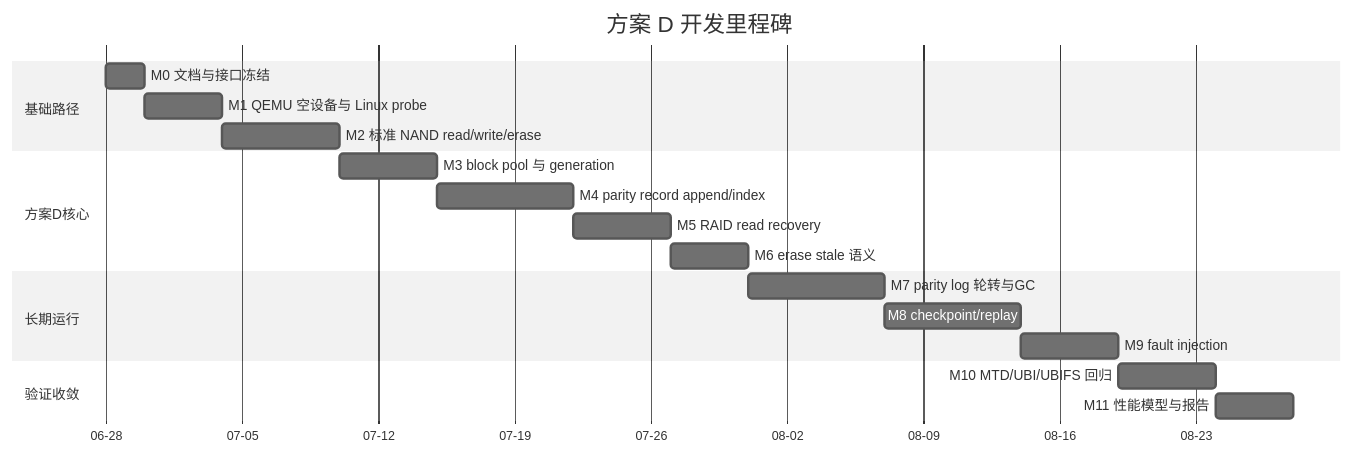
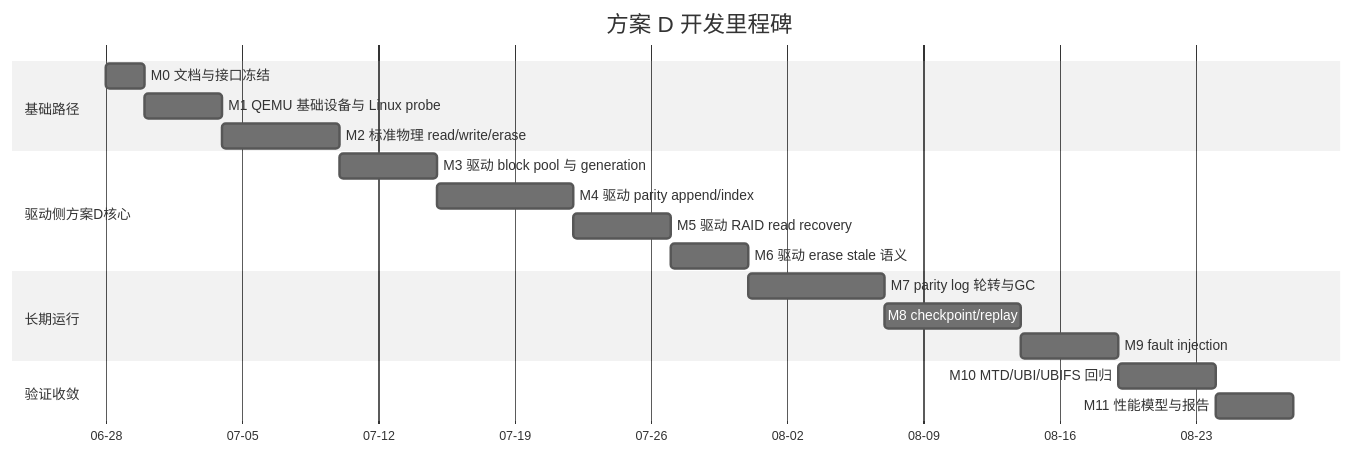
The diagram in docs/qemu-3dnand-scheme-d-development-plan.md (avenstar65/3dnand_test), drawn with Mermaid (neutral theme) before and after one commit. The commit also changed other lines of this file and 15 other files, not shown here.

Commit message:
Implement driver-owned 3D NAND page RAID

````diff
--- a/docs/qemu-3dnand-scheme-d-development-plan.md
+++ b/docs/qemu-3dnand-scheme-d-development-plan.md
@@ -43,26 +44,26 @@
 ```mermaid
 gantt
     title 方案 D 开发里程碑
     dateFormat  YYYY-MM-DD
     axisFormat  %m-%d
 
     section 基础路径
     M0 文档与接口冻结           :m0, 2026-06-28, 2d
-    M1 QEMU 空设备与 Linux probe :m1, after m0, 4d
-    M2 标准 NAND read/write/erase :m2, after m1, 6d
+    M1 QEMU 基础设备与 Linux probe :m1, after m0, 4d
+    M2 标准物理 read/write/erase :m2, after m1, 6d
 
-    section 方案D核心
-    M3 block pool 与 generation  :m3, after m2, 5d
-    M4 parity record append/index :m4, after m3, 7d
-    M5 RAID read recovery         :m5, after m4, 5d
-    M6 erase stale 语义           :m6, after m5, 4d
+    section 驱动侧方案D核心
+    M3 驱动 block pool 与 generation  :m3, after m2, 5d
+    M4 驱动 parity append/index       :m4, after m3, 7d
+    M5 驱动 RAID read recovery        :m5, after m4, 5d
+    M6 驱动 erase stale 语义          :m6, after m5, 4d
 
     section 长期运行
     M7 parity log 轮转与GC        :m7, after m6, 7d
     M8 checkpoint/replay          :m8, after m7, 7d
     M9 fault injection            :m9, after m8, 5d
 
     section 验证收敛
     M10 MTD/UBI/UBIFS 回归        :m10, after m9, 5d
     M11 性能模型与报告            :m11, after m10, 4d
 ```
````
